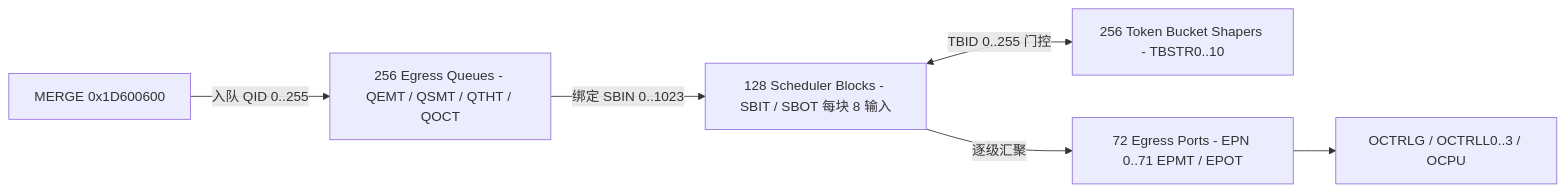
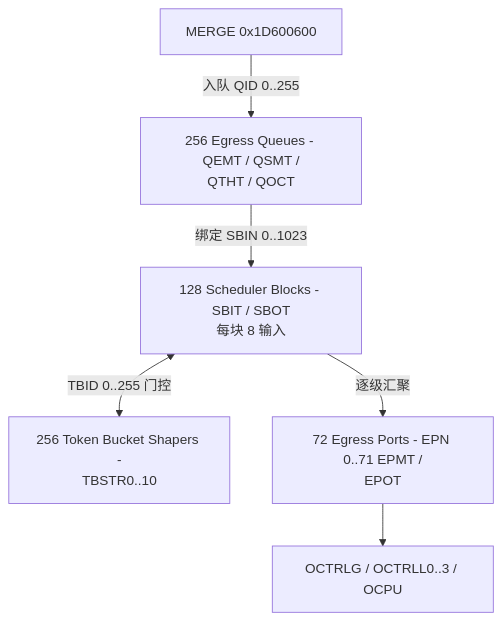
Before and after one commit to difanz/lantiq-falcon-s-docs: the diagram in 06_functional_blocks/04_tmu_and_scheduler.md, drawn with Mermaid. The commit also changed 33 other files, not shown here.

Commit message:
Improve diagram readability and adopt the Material theme

````diff
--- a/06_functional_blocks/04_tmu_and_scheduler.md
+++ b/06_functional_blocks/04_tmu_and_scheduler.md
@@ -26,8 +26,8 @@
 ```mermaid
-flowchart LR
-    MERGE["MERGE 0x1D600600"] -->|入队 QID 0..255| QMT["256 Egress Queues - QEMT / QSMT / QTHT / QOCT"]
-    QMT -->|绑定 SBIN 0..1023| SBT["128 Scheduler Blocks - SBIT / SBOT 每块 8 输入"]
-    SBT <-->|TBID 0..255 门控| TBST["256 Token Bucket Shapers - TBSTR0..10"]
-    SBT -->|逐级汇聚| EPMT["72 Egress Ports - EPN 0..71 EPMT / EPOT"]
+flowchart TD
+    MERGE["MERGE 0x1D600600"] -->|入队 QID 0..255| QMT["256 Egress Queues - QEMT / QSMT /<br/>QTHT / QOCT"]
+    QMT -->|绑定 SBIN 0..1023| SBT["128 Scheduler Blocks - SBIT / SBOT<br/>每块 8 输入"]
+    SBT <-->|TBID 0..255 门控| TBST["256 Token Bucket Shapers -<br/>TBSTR0..10"]
+    SBT -->|逐级汇聚| EPMT["72 Egress Ports - EPN 0..71 EPMT /<br/>EPOT"]
     EPMT --> OCTRL["OCTRLG / OCTRLL0..3 / OCPU"]
 ```
````
